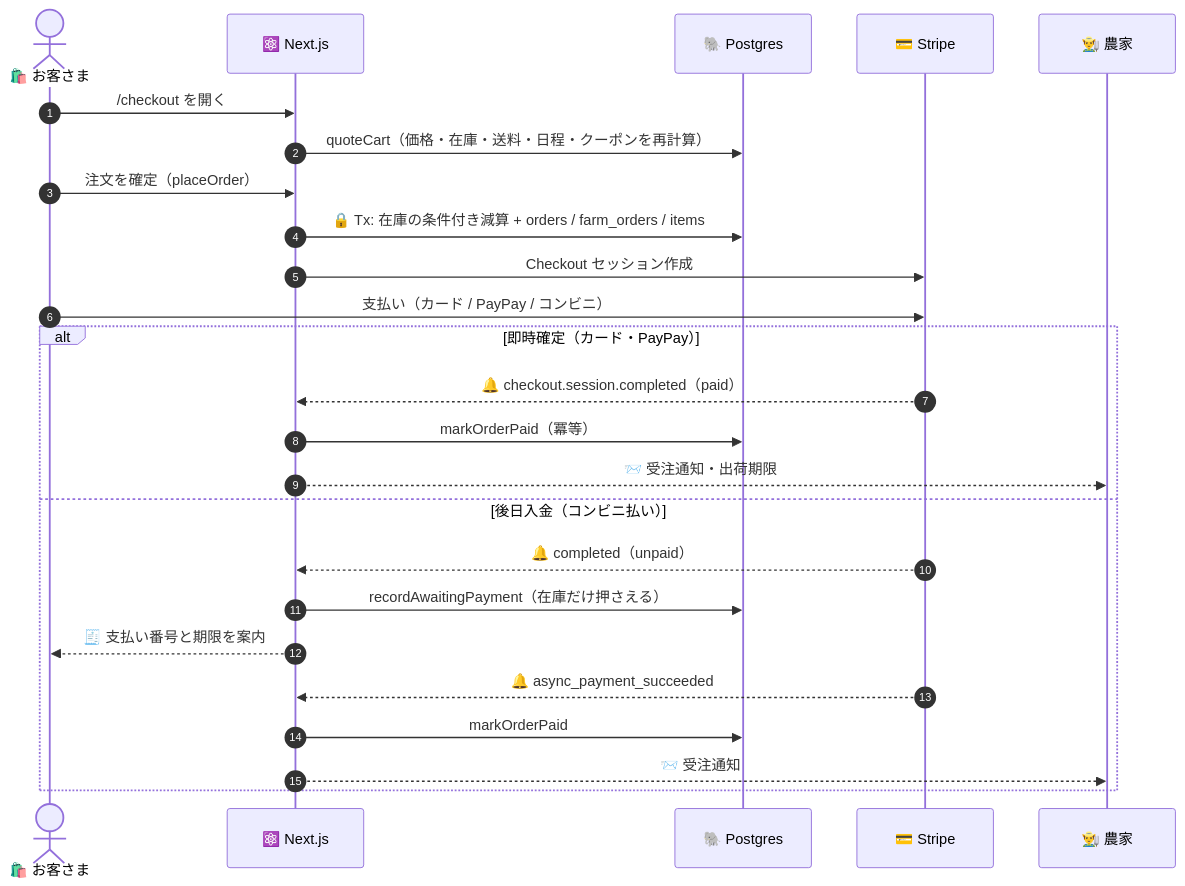
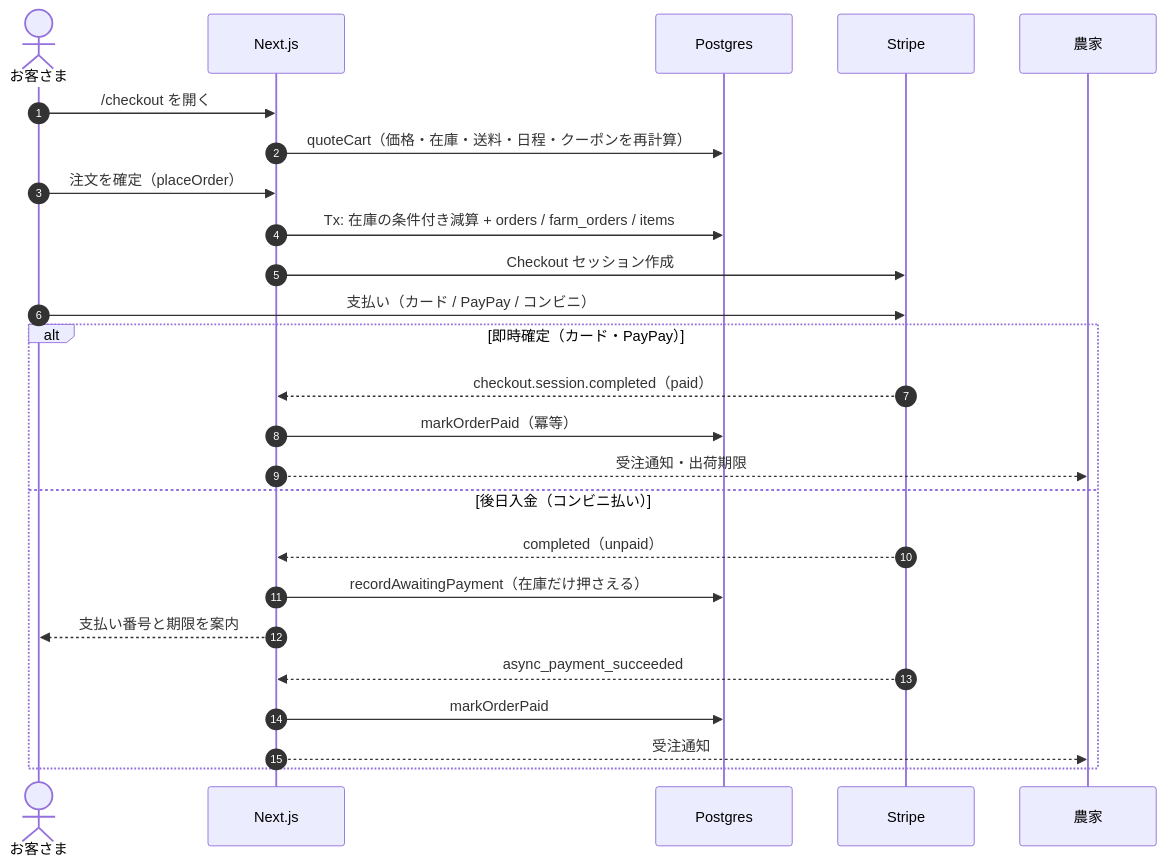
Before and after one commit to bright-broom/online-march: the fourth of 9 diagrams in README.md, drawn with Mermaid. The commit also changed other lines of this file, not shown here.

````diff
--- a/README.md
+++ b/README.md
@@ -202,28 +202,28 @@
 ```mermaid
 sequenceDiagram
     autonumber
-    actor C as 🛍️ お客さま
-    participant W as ⚛️ Next.js
-    participant DB as 🐘 Postgres
-    participant S as 💳 Stripe
-    participant F as 👨‍🌾 農家
+    actor C as お客さま
+    participant W as Next.js
+    participant DB as Postgres
+    participant S as Stripe
+    participant F as 農家
 
     C->>W: /checkout を開く
     W->>DB: quoteCart（価格・在庫・送料・日程・クーポンを再計算）
     C->>W: 注文を確定（placeOrder）
-    W->>DB: 🔒 Tx: 在庫の条件付き減算 + orders / farm_orders / items
+    W->>DB: Tx: 在庫の条件付き減算 + orders / farm_orders / items
     W->>S: Checkout セッション作成
     C->>S: 支払い（カード / PayPay / コンビニ）
     alt 即時確定（カード・PayPay）
-        S-->>W: 🔔 checkout.session.completed（paid）
+        S-->>W: checkout.session.completed（paid）
         W->>DB: markOrderPaid（冪等）
-        W-->>F: 📨 受注通知・出荷期限
+        W-->>F: 受注通知・出荷期限
     else 後日入金（コンビニ払い）
-        S-->>W: 🔔 completed（unpaid）
+        S-->>W: completed（unpaid）
         W->>DB: recordAwaitingPayment（在庫だけ押さえる）
-        W-->>C: 🧾 支払い番号と期限を案内
-        S-->>W: 🔔 async_payment_succeeded
+        W-->>C: 支払い番号と期限を案内
+        S-->>W: async_payment_succeeded
         W->>DB: markOrderPaid
-        W-->>F: 📨 受注通知
+        W-->>F: 受注通知
     end
 ```
````
